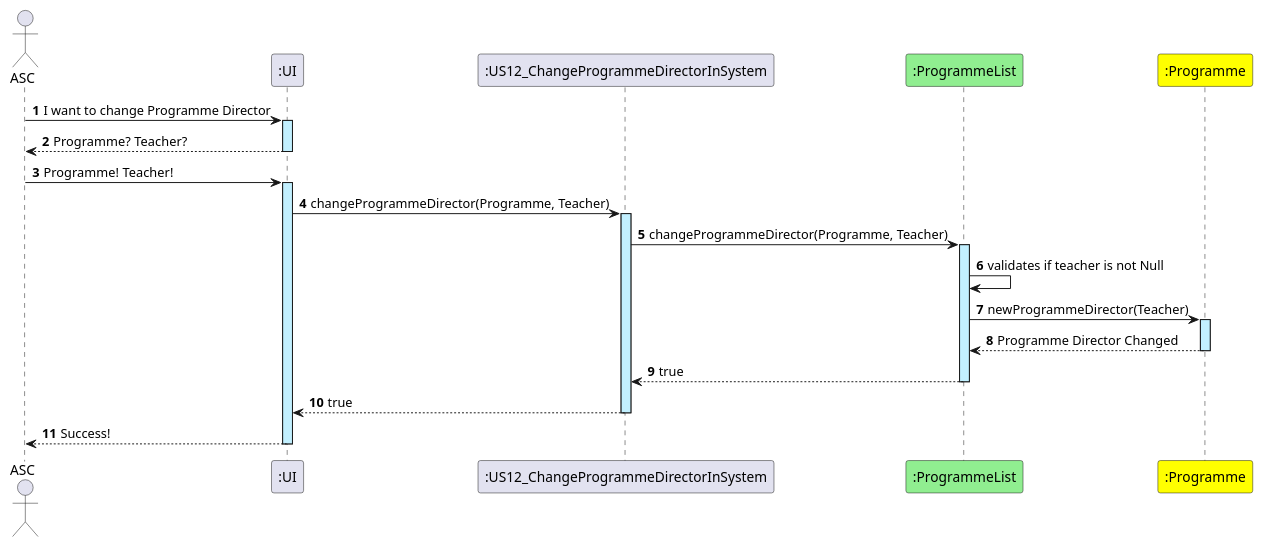
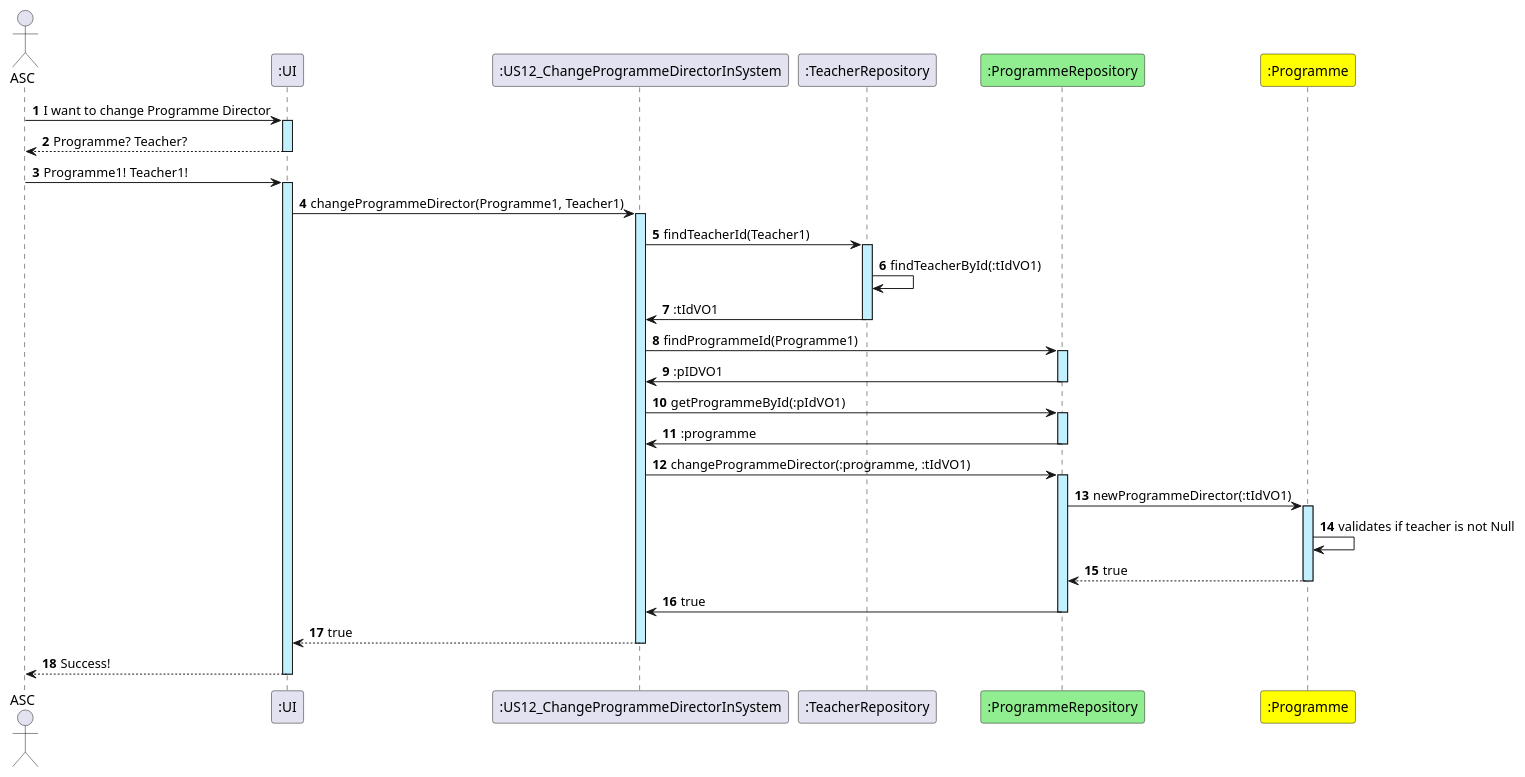
Before and after one commit to GasparISEP/DevOps-PAI: the diagram in docs/US12/US12_ChangeProgrammeDirectorInSystem.puml, drawn with PlantUML.

Commit message:
Updated US12_SD. Related #56

```diff
--- a/docs/US12/US12_ChangeProgrammeDirectorInSystem.puml
+++ b/docs/US12/US12_ChangeProgrammeDirectorInSystem.puml
@@ -1,38 +1,50 @@
 @startuml
 actor ASC
 participant ":UI" as UI
 participant ":US12_ChangeProgrammeDirectorInSystem" as US12
-participant ":ProgrammeList" as PL #lightgreen
+participant ":TeacherRepository" as TR
+participant ":ProgrammeRepository" as PL #lightgreen
 participant ":Programme" as PG #yellow
 autonumber
 
 ASC -> UI : I want to change Programme Director
 activate UI #application
 UI --> ASC : Programme? Teacher?
 deactivate UI
 
-ASC -> UI : Programme! Teacher!
+ASC -> UI : Programme1! Teacher1!
 activate UI #application
-UI -> US12 : changeProgrammeDirector(Programme, Teacher)
+UI -> US12 : changeProgrammeDirector(Programme1, Teacher1)
 activate US12 #application
 
-US12 -> PL : changeProgrammeDirector(Programme, Teacher)
+US12 -> TR : findTeacherId(Teacher1)
+activate TR #application
+TR -> TR : findTeacherById(:tIdVO1)
+TR -> US12 : :tIdVO1
+deactivate TR
+US12 -> PL : findProgrammeId(Programme1)
+activate PL #application
+PL -> US12 : :pIDVO1
+deactivate PL
+
+US12 -> PL : getProgrammeById(:pIdVO1)
+activate PL #application
+PL -> US12 : :programme
+deactivate PL
+US12 -> PL :changeProgrammeDirector(:programme, :tIdVO1)
 activate PL #application
 
+PL -> PG : newProgrammeDirector(:tIdVO1)
+activate PG #application
+PG -> PG : validates if teacher is not Null
 
-PL -> PL : validates if teacher is not Null
-PL -> PG : newProgrammeDirector(Teacher)
-activate PG #application
-
-PG --> PL : Programme Director Changed
+PG --> PL : true
 deactivate PG
-
-PL --> US12 : true
+PL->US12 : true
 deactivate PL
-
 US12 --> UI : true
 deactivate US12
 
 UI --> ASC : Success!
 deactivate UI
 @enduml
```
